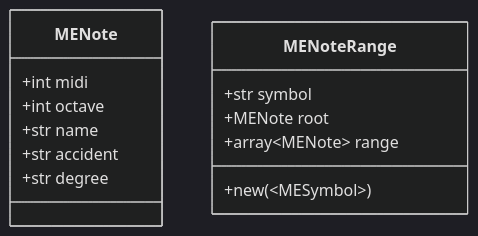
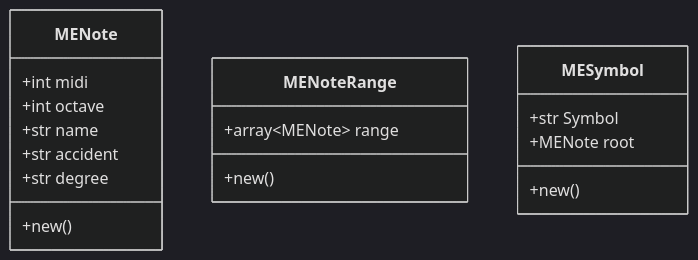
The diagram in README.md (iamsiriil/sc_musicengine), drawn with Mermaid (dark theme) before and after one commit.

````diff
--- a/README.md
+++ b/README.md
@@ -1,17 +1,22 @@
 ```mermaid
 classDiagram
     class MENote {
         +int midi
         +int octave
         +str name
         +str accident
         +str degree
+        +new()
     }
 
     class MENoteRange {
-        +str symbol
+        +array~MENote~ range
+        +new()
+    }
+
+    class MESymbol {
+        +str Symbol
         +MENote root
-        +array~MENote~ range
-        +new(~MESymbol~)
+        +new()
     }
 ```
````
